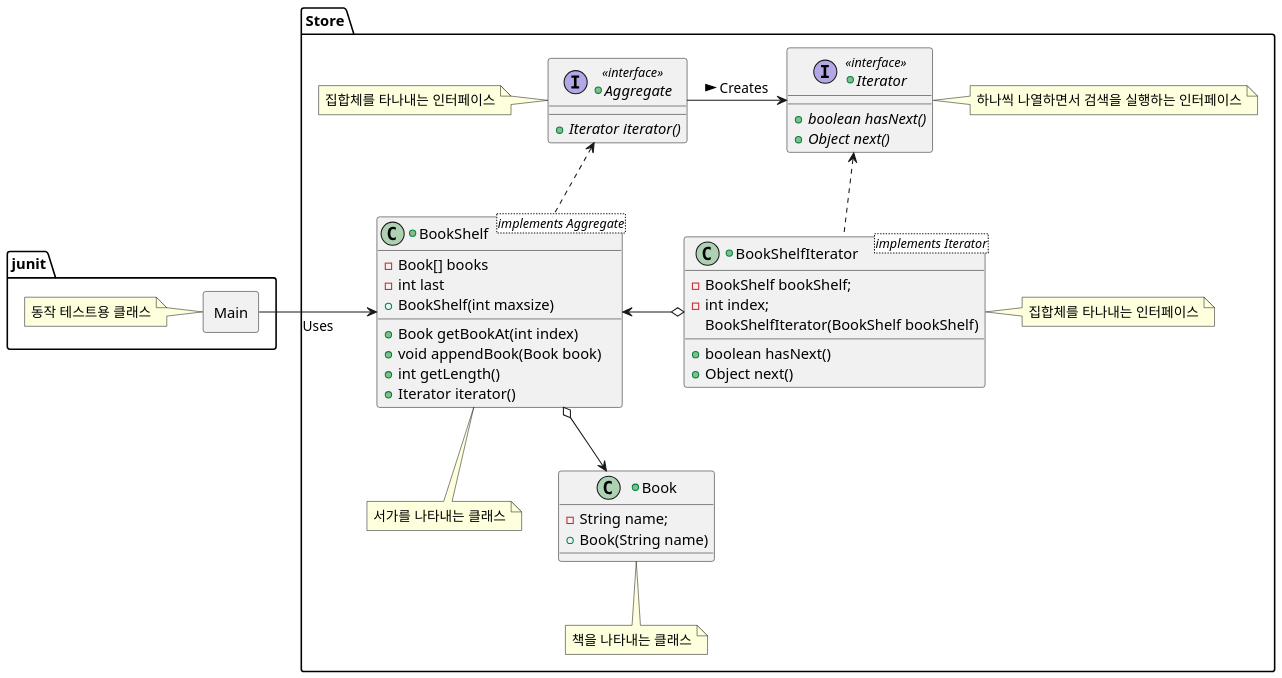
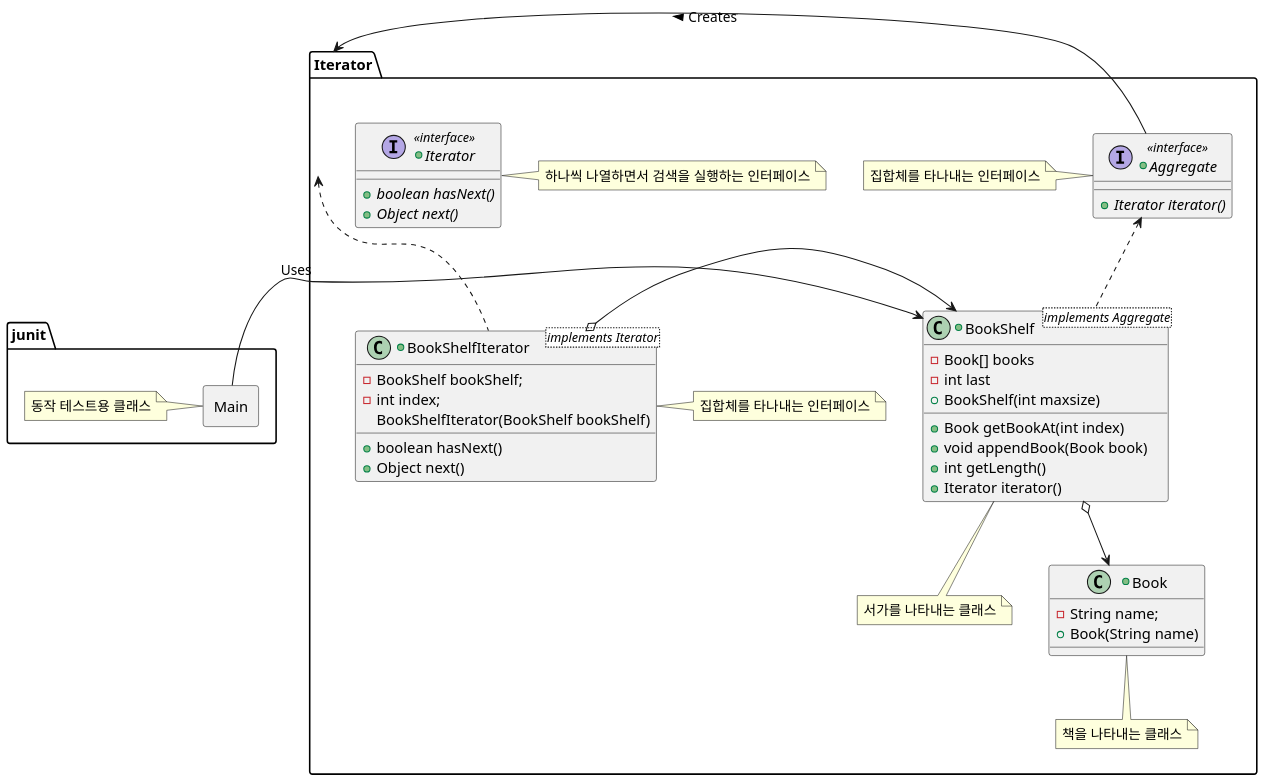
Before and after one commit to lavinoys/design_pattern_of_java: the diagram in plantUml/Iterator_Pattern/IteratorPattern.puml, drawn with PlantUML. The commit also changed 9 other files, not shown here.

```diff
--- a/plantUml/Iterator_Pattern/IteratorPattern.puml
+++ b/plantUml/Iterator_Pattern/IteratorPattern.puml
@@ -1,67 +1,67 @@
 @startuml
 scale 1.5
 allowmixing
 
 package junit {
     rectangle Main
     note left of Main
     동작 테스트용 클래스
     end note
 }
 
-package Store {
+package Iterator {
     +interface Aggregate <<interface>> {
         +{abstract} Iterator iterator()
     }
     note left of Aggregate
         집합체를 타나내는 인터페이스
     end note
 
     +interface Iterator <<interface>> {
         +{abstract} boolean hasNext()
         +{abstract} Object next()
     }
     note right of Iterator
         하나씩 나열하면서 검색을 실행하는 인터페이스
     end note
 
     +class BookShelf <implements Aggregate>{
         -Book[] books
         -int last
         {field}+BookShelf(int maxsize)
         +Book getBookAt(int index)
         +void appendBook(Book book)
         +int getLength()
         +Iterator iterator()
     }
     note bottom of BookShelf
         서가를 나타내는 클래스
     end note
 
     +class BookShelfIterator <implements Iterator> {
         -BookShelf bookShelf;
         -int index;
         {field}BookShelfIterator(BookShelf bookShelf)
         +boolean hasNext()
         +Object next()
     }
     note right of BookShelfIterator
         집합체를 타나내는 인터페이스
     end note
 
     +class Book {
         -String name;
         {field}+Book(String name)
     }
     note bottom of Book
         책을 나타내는 클래스
     end note
 }
 
 Main -right-> BookShelf : Uses
 Aggregate -right-> Iterator : Creates >
 BookShelf .up.> Aggregate
 BookShelfIterator .up.> Iterator
 BookShelfIterator o-left-> BookShelf
 BookShelf o-down-> Book
 @enduml
```
